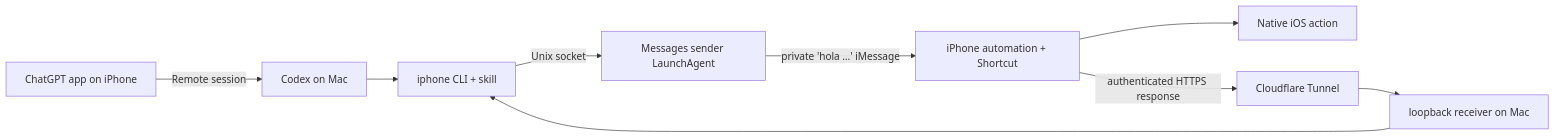
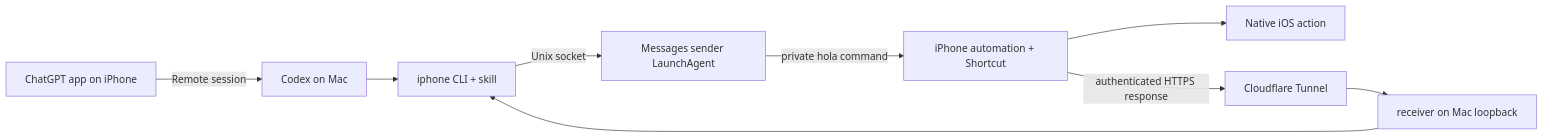
Before and after one commit to VRVV02/codex-ios-assistant: the diagram in README.md, drawn with Mermaid. The commit also changed other lines of this file and 10 other files, not shown here.

````diff
--- a/README.md
+++ b/README.md
@@ -22,11 +20,11 @@
 ```mermaid
 flowchart LR
     A["ChatGPT app on iPhone"] -->|Remote session| B["Codex on Mac"]
     B --> C["iphone CLI + skill"]
     C -->|Unix socket| D["Messages sender LaunchAgent"]
-    D -->|private 'hola …' iMessage| E["iPhone automation + Shortcut"]
+    D -->|private hola command| E["iPhone automation + Shortcut"]
     E --> F["Native iOS action"]
     E -->|authenticated HTTPS response| G["Cloudflare Tunnel"]
-    G --> H["loopback receiver on Mac"]
+    G --> H["receiver on Mac loopback"]
     H --> C
 ```
````
